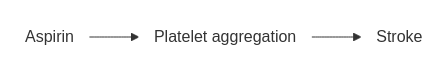
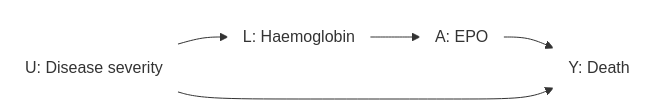
Before and after one commit to birth-outcomes/birth_outcomes_summary: the fifth of 14 diagrams in book_birth_outcomes_summary/design_causal_tosort.md, drawn with Mermaid. The commit also changed other lines of this file, not shown here.

`````diff
--- a/book_birth_outcomes_summary/design_causal_tosort.md
+++ b/book_birth_outcomes_summary/design_causal_tosort.md
@@ -134,13 +111,16 @@
 ````{mermaid}
   flowchart LR;
 
-    asp("Aspirin"):::white;
-    plat("Platelet aggregation"):::white;
-    stroke("Stroke"):::white;
+    l("L: Haemoglobin"):::white;
+    a("A: EPO"):::white;
+    y("Y: Death"):::white;
+    u("U: Disease severity"):::white;
 
-    asp --> plat;
-    plat --> stroke;
+    l --> a;
+    a --> y;
+    u --> y;
+    u --> l;
 
     classDef white fill:#FFFFFF, stroke:#FFFFFF
     classDef black fill:#FFFFFF, stroke:#000000
 ````
`````
